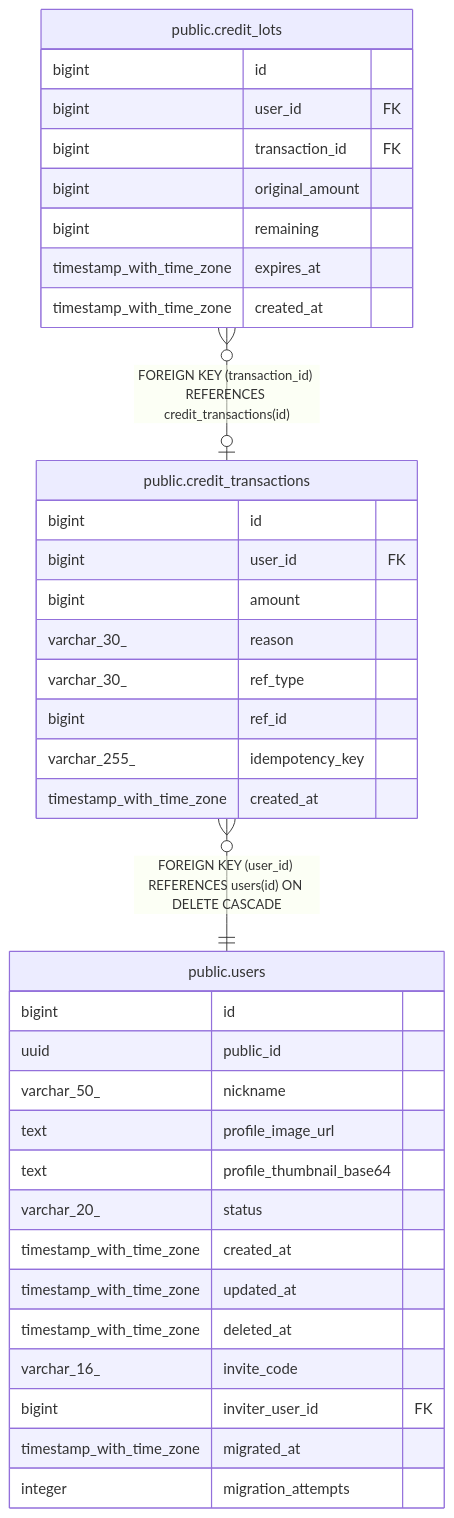
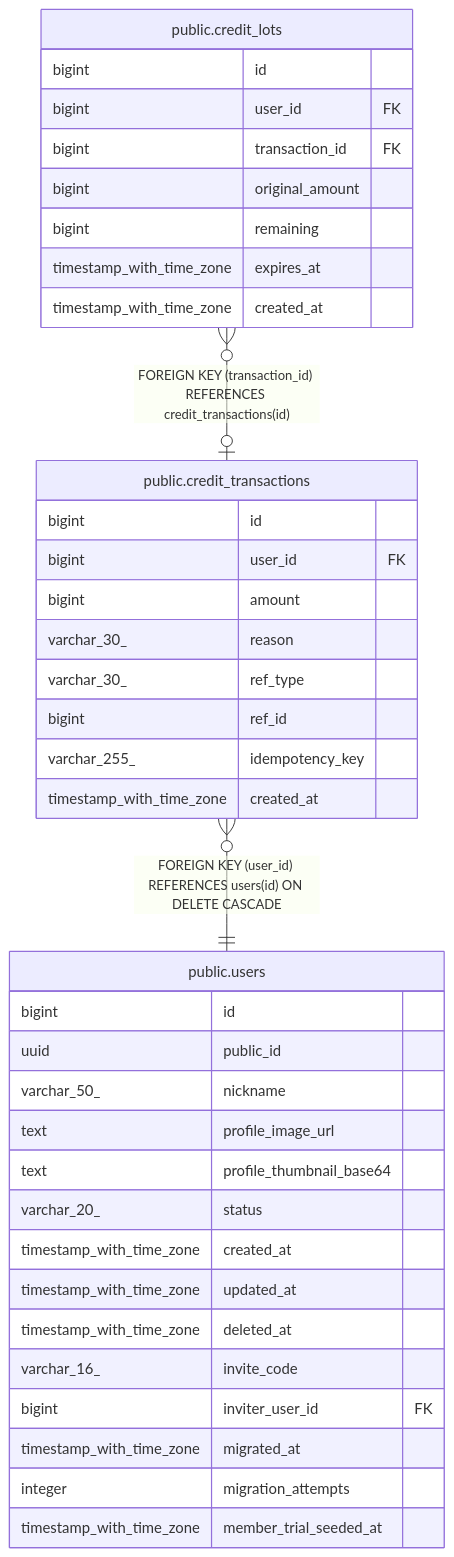
Before and after one commit to KIM-N-KANG/manyak-server: the diagram in dbdoc/public.credit_transactions.md, drawn with Mermaid. The commit also changed 24 other files, not shown here.

````diff
--- a/dbdoc/public.credit_transactions.md
+++ b/dbdoc/public.credit_transactions.md
@@ -37,41 +37,42 @@
 ```mermaid
 erDiagram
 
 "public.credit_lots" }o--o| "public.credit_transactions" : "FOREIGN KEY (transaction_id) REFERENCES credit_transactions(id)"
 "public.credit_transactions" }o--|| "public.users" : "FOREIGN KEY (user_id) REFERENCES users(id) ON DELETE CASCADE"
 
 "public.credit_transactions" {
   bigint id
   bigint user_id FK
   bigint amount
   varchar_30_ reason
   varchar_30_ ref_type
   bigint ref_id
   varchar_255_ idempotency_key
   timestamp_with_time_zone created_at
 }
 "public.credit_lots" {
   bigint id
   bigint user_id FK
   bigint transaction_id FK
   bigint original_amount
   bigint remaining
   timestamp_with_time_zone expires_at
   timestamp_with_time_zone created_at
 }
 "public.users" {
   bigint id
   uuid public_id
   varchar_50_ nickname
   text profile_image_url
   text profile_thumbnail_base64
   varchar_20_ status
   timestamp_with_time_zone created_at
   timestamp_with_time_zone updated_at
   timestamp_with_time_zone deleted_at
   varchar_16_ invite_code
   bigint inviter_user_id FK
   timestamp_with_time_zone migrated_at
   integer migration_attempts
+  timestamp_with_time_zone member_trial_seeded_at
 }
 ```
````
